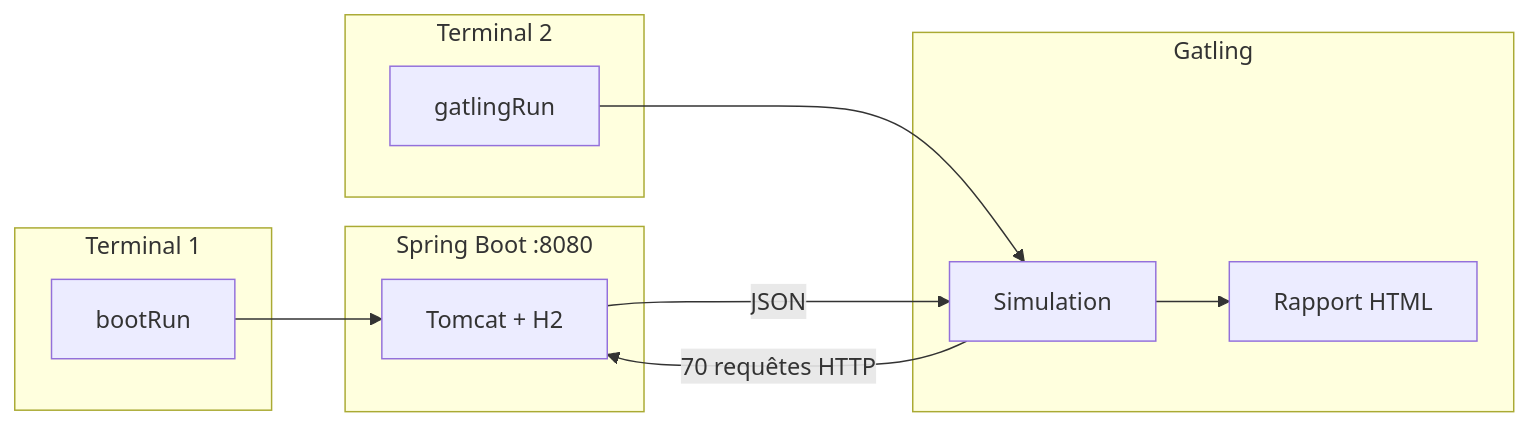
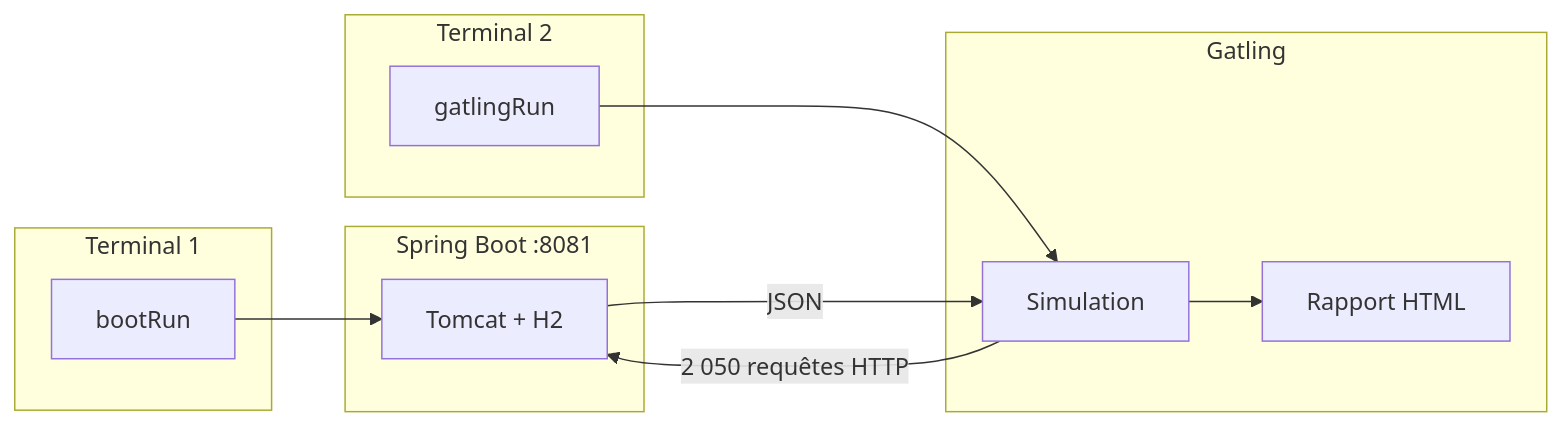
Before and after one commit to Moustapha-Ndoye-dev/e-commerce-api: the first of 2 diagrams in README.md, drawn with Mermaid. The commit also changed other lines of this file and 11 other files, not shown here.

````diff
--- a/README.md
+++ b/README.md
@@ -165,22 +168,22 @@
 ```mermaid
 flowchart LR
     subgraph T1["Terminal 1"]
         A[bootRun]
     end
-    subgraph API["Spring Boot :8080"]
+    subgraph API["Spring Boot :8081"]
         B[Tomcat + H2]
     end
     subgraph T2["Terminal 2"]
         C[gatlingRun]
     end
     subgraph G["Gatling"]
         D[Simulation]
         E[Rapport HTML]
     end
 
     A --> B
     C --> D
-    D -->|70 requêtes HTTP| B
+    D -->|2 050 requêtes HTTP| B
     B -->|JSON| D
     D --> E
 ```
````
